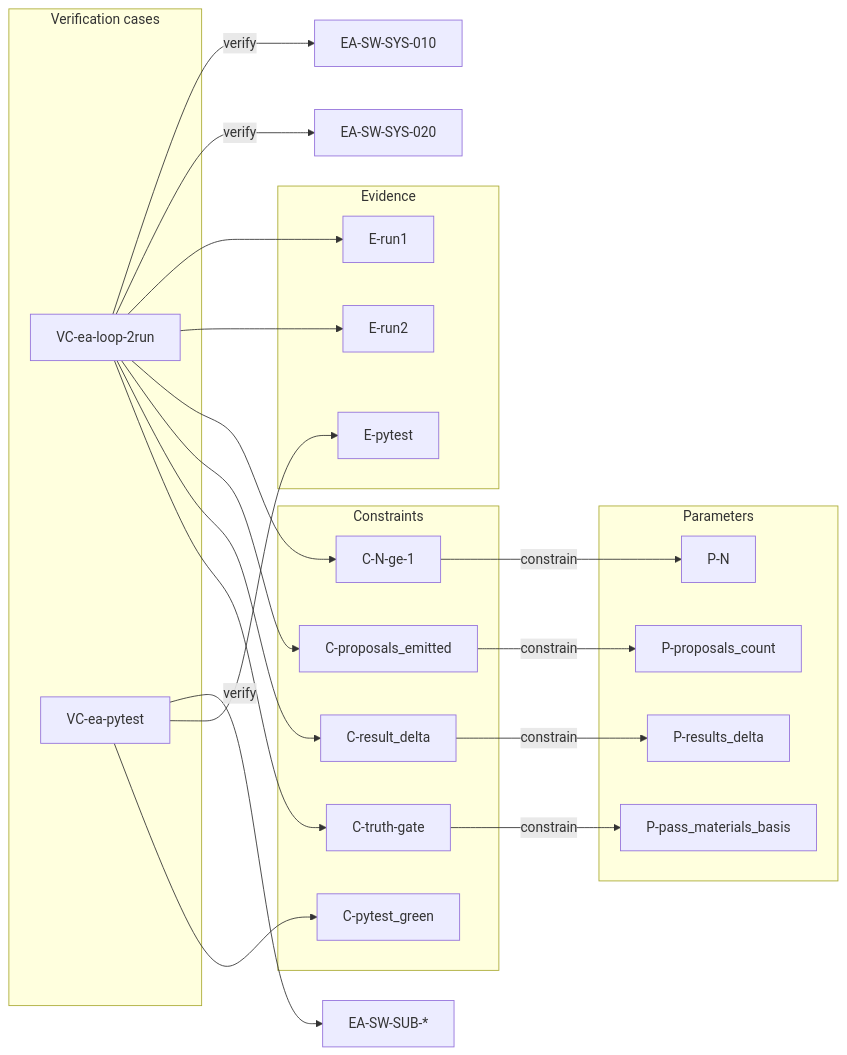
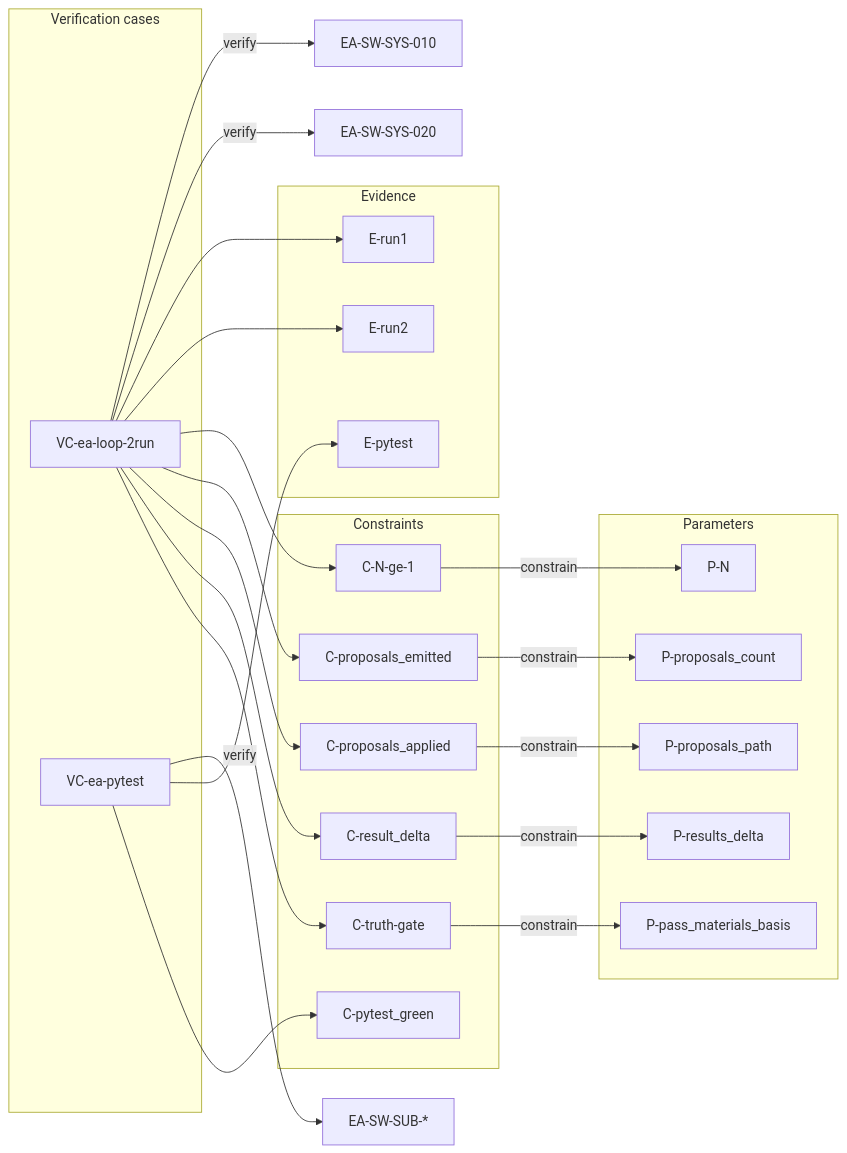
The second of 3 diagrams in docs/en/programs/engineering_agents/system_model.md (hirototamura/one-piece), drawn with Mermaid before and after one commit. The commit also changed other lines of this file and 6 other files, not shown here.

````diff
--- a/docs/en/programs/engineering_agents/system_model.md
+++ b/docs/en/programs/engineering_agents/system_model.md
@@ -57,46 +57,50 @@
 ```mermaid
 flowchart LR
   subgraph params["Parameters"]
     PN["P-N"]
     PPC["P-proposals_count"]
+    PPR["P-proposals_path"]
     PRD["P-results_delta"]
     PPB["P-pass_materials_basis"]
   end
   subgraph constraints["Constraints"]
     CN["C-N-ge-1"]
     CP["C-proposals_emitted"]
+    CPA["C-proposals_applied"]
     CD["C-result_delta"]
     CT["C-truth-gate"]
     CYG["C-pytest_green"]
   end
   subgraph vcs["Verification cases"]
     VC2["VC-ea-loop-2run"]
     VCp["VC-ea-pytest"]
   end
   subgraph evidence["Evidence"]
     E1["E-run1"]
     E2["E-run2"]
     Ep["E-pytest"]
   end
   SYS10["EA-SW-SYS-010"]
   SYS20["EA-SW-SYS-020"]
   SUB["EA-SW-SUB-*"]
 
   CN -->|"constrain"| PN
   CP -->|"constrain"| PPC
+  CPA -->|"constrain"| PPR
   CD -->|"constrain"| PRD
   CT -->|"constrain"| PPB
 
   VC2 -->|"verify"| SYS10
   VC2 -->|"verify"| SYS20
   VC2 --> E1
   VC2 --> E2
   VC2 --> CN
   VC2 --> CP
+  VC2 --> CPA
   VC2 --> CD
   VC2 --> CT
 
   VCp -->|"verify"| SUB
   VCp --> Ep
   VCp --> CYG
 ```
````
